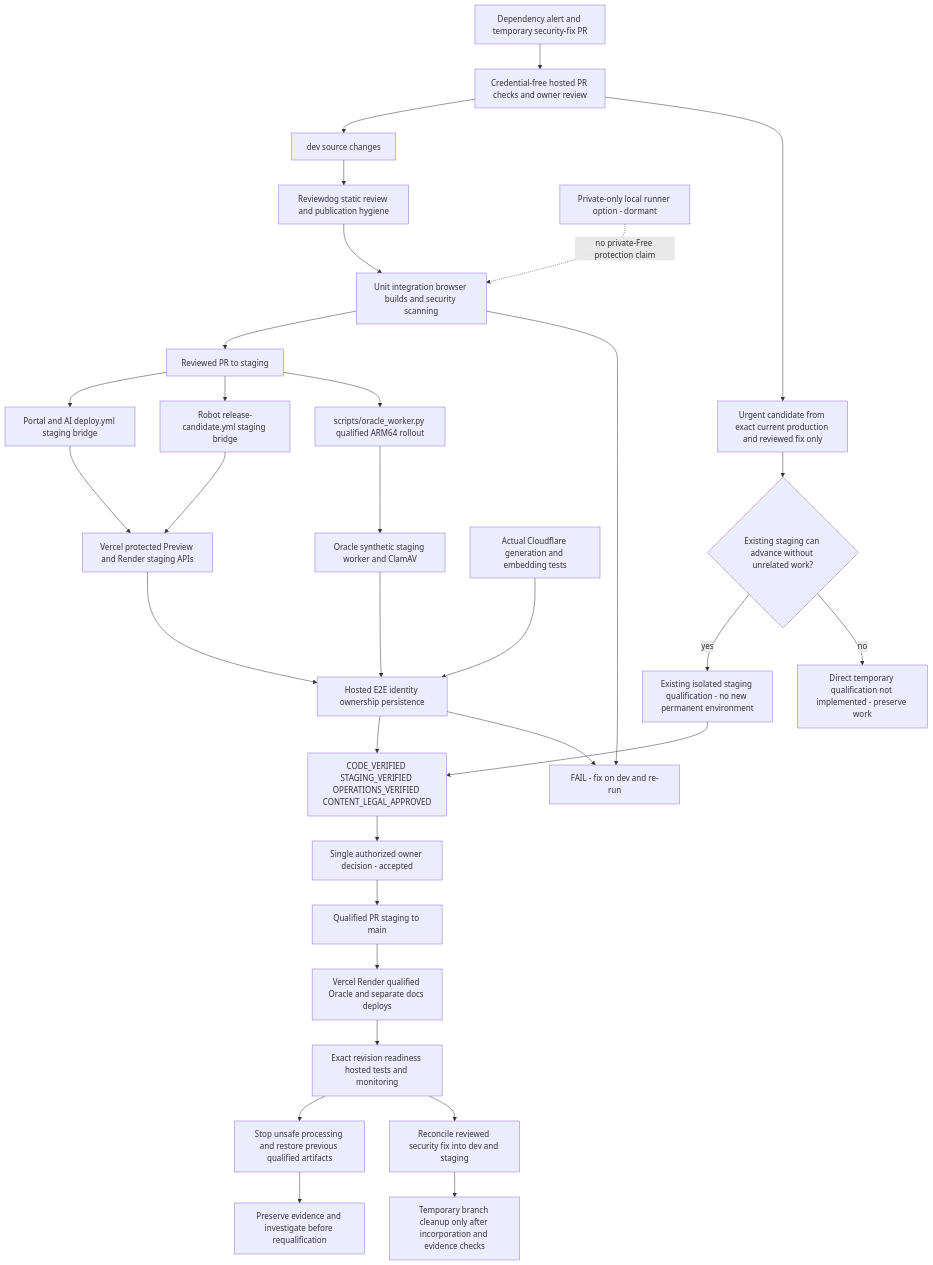
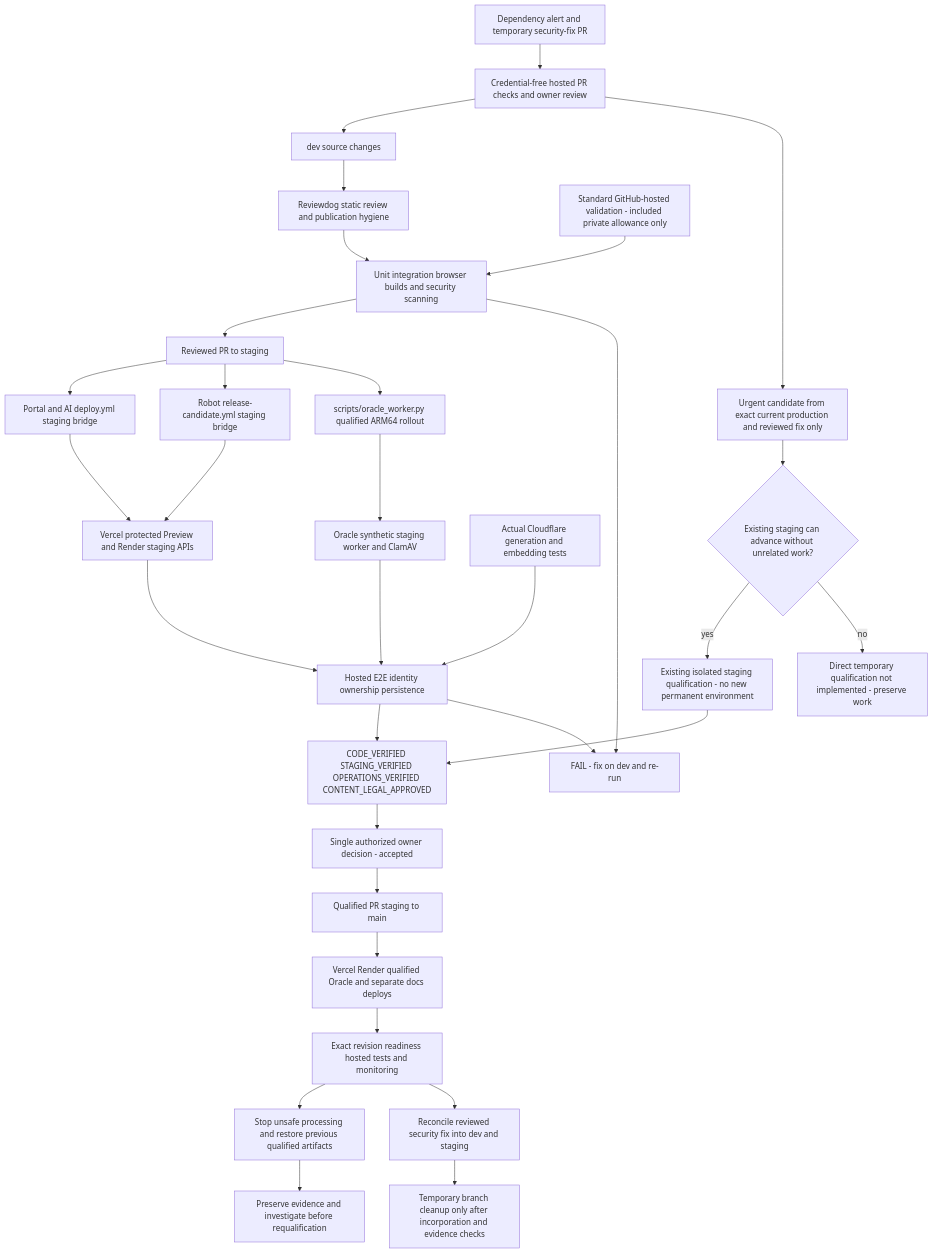
One commit to DruHustle/onesa-ai-platform changed the diagram in docs/diagrams/delivery-current.mmd. Above: the diagram before and after it, drawn with Mermaid. The commit also changed 41 other files, not shown here.

Commit message:
fix: remove local runners and bound private Free hosted validation

```diff
--- a/docs/diagrams/delivery-current.mmd
+++ b/docs/diagrams/delivery-current.mmd
@@ -1,33 +1,33 @@
 flowchart TB
 Dev[dev source changes] --> Review[Reviewdog static review and publication hygiene]
 Review --> CI[Unit integration browser builds and security scanning]
 CI --> Stage[Reviewed PR to staging]
 Stage --> Bridge[Portal and AI deploy.yml staging bridge]
 Stage --> Robot[Robot release-candidate.yml staging bridge]
 Bridge --> VS[Vercel protected Preview and Render staging APIs]
 Robot --> VS
 Stage --> ARM[scripts/oracle_worker.py qualified ARM64 rollout]
 ARM --> Oracle[Oracle synthetic staging worker and ClamAV]
 VS --> Acceptance[Hosted E2E identity ownership persistence]
 Oracle --> Acceptance
 CF[Actual Cloudflare generation and embedding tests] --> Acceptance
 Acceptance --> Gates[CODE_VERIFIED STAGING_VERIFIED OPERATIONS_VERIFIED CONTENT_LEGAL_APPROVED]
 Gates --> Owner[Single authorized owner decision - accepted]
 Owner --> Main[Qualified PR staging to main]
 Main --> Prod[Vercel Render qualified Oracle and separate docs deploys]
 Prod --> Verify[Exact revision readiness hosted tests and monitoring]
 CI --> Fail[FAIL - fix on dev and re-run]
 Acceptance --> Fail
 Verify --> Recovery[Stop unsafe processing and restore previous qualified artifacts]
 Recovery --> Investigate[Preserve evidence and investigate before requalification]
-Runner[Private-only local runner option - dormant] -. no private-Free protection claim .-> CI
+Runner[Standard GitHub-hosted validation - included private allowance only] --> CI
 
 Security[Dependency alert and temporary security-fix PR] --> BotCI[Credential-free hosted PR checks and owner review]
 BotCI --> Dev
 BotCI --> Urgent[Urgent candidate from exact current production and reviewed fix only]
 Urgent --> Feasible{Existing staging can advance without unrelated work?}
 Feasible -->|yes| Isolated[Existing isolated staging qualification - no new permanent environment]
 Feasible -->|no| Blocked[Direct temporary qualification not implemented - preserve work]
 Isolated --> Gates
 Verify --> Reconcile[Reconcile reviewed security fix into dev and staging]
 Reconcile --> Cleanup[Temporary branch cleanup only after incorporation and evidence checks]
```
